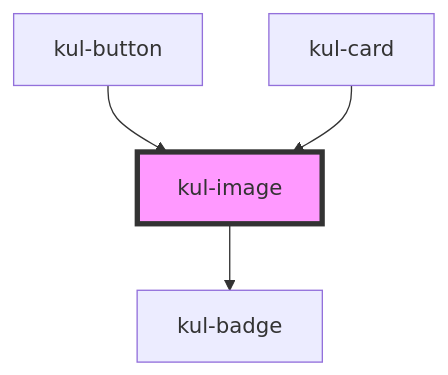
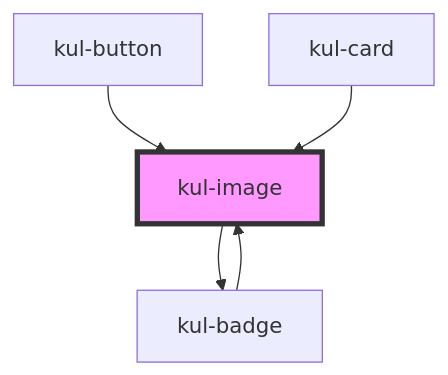
One commit to smeup/ketchup changed the diagram in packages/ketchup-lite/src/components/kul-image/readme.md. Above: the diagram before and after it, drawn with Mermaid. The commit also changed other lines of this file and 58 other files, not shown here.

````diff
--- a/packages/ketchup-lite/src/components/kul-image/readme.md
+++ b/packages/ketchup-lite/src/components/kul-image/readme.md
@@ -85,7 +96,8 @@
 ```mermaid
 graph TD;
   kul-image --> kul-badge
+  kul-badge --> kul-image
   kul-button --> kul-image
   kul-card --> kul-image
   style kul-image fill:#f9f,stroke:#333,stroke-width:4px
 ```
````
